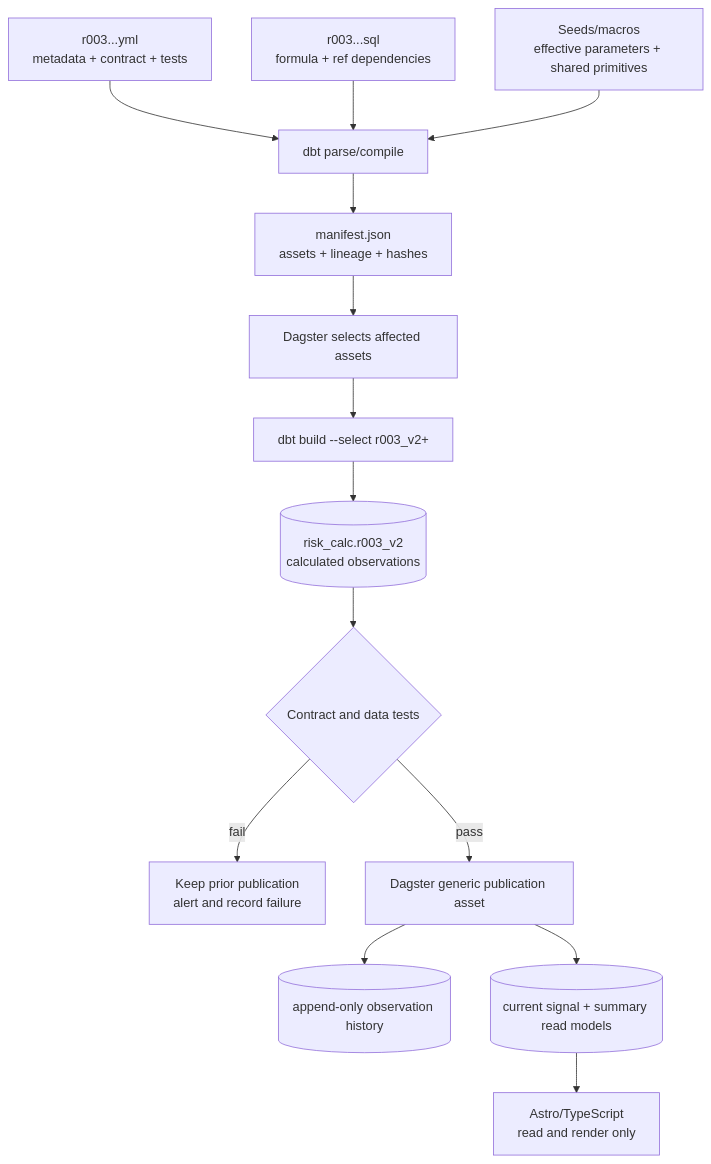
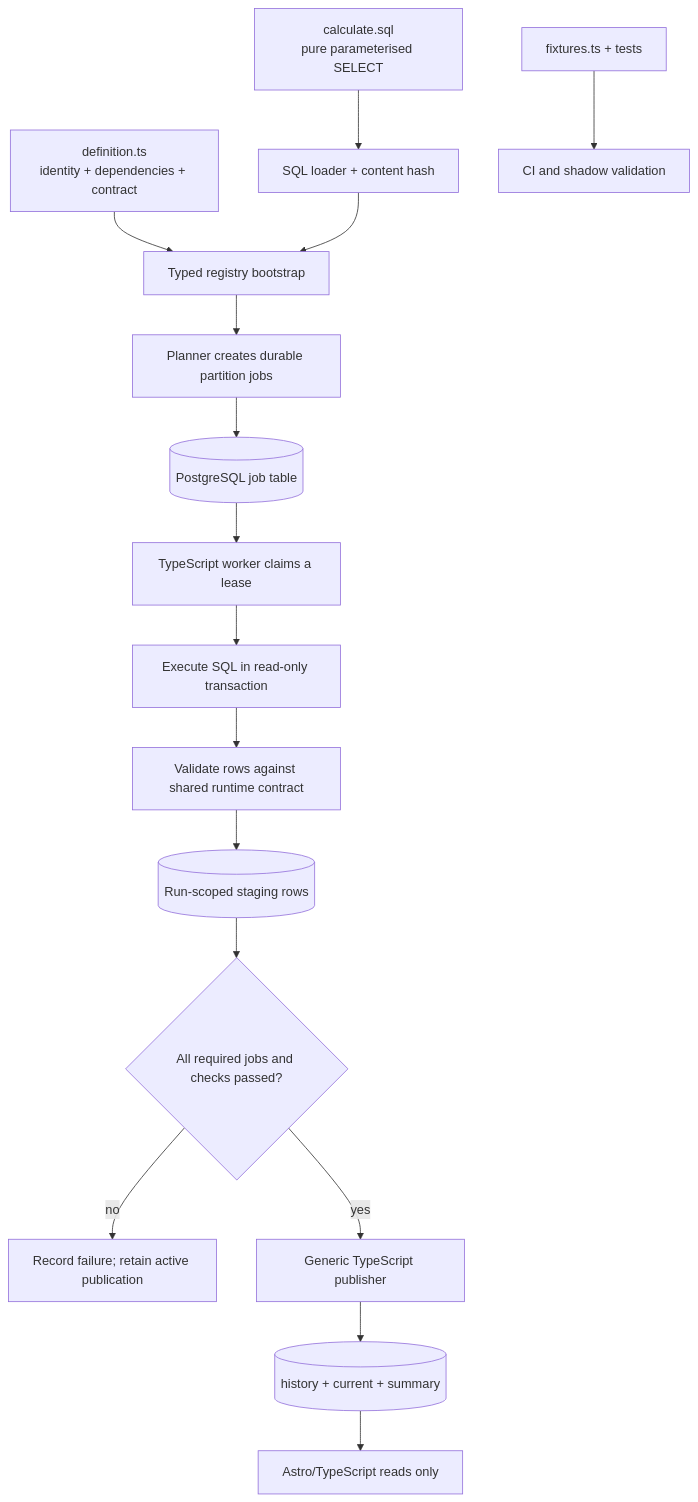
Before and after one commit to Viespirkiu-grupe/viespirkiai: the second of 5 diagrams in docs/risk-indicators-public-page-and-maintenance.md, drawn with Mermaid. The commit also changed other lines of this file and 1 other file, not shown here.

````diff
--- a/docs/risk-indicators-public-page-and-maintenance.md
+++ b/docs/risk-indicators-public-page-and-maintenance.md
@@ -453,16 +416,18 @@
 ```mermaid
 flowchart TD
-    Y[r003...yml<br/>metadata + contract + tests] --> D[dbt parse/compile]
-    Q[r003...sql<br/>formula + ref dependencies] --> D
-    K[Seeds/macros<br/>effective parameters + shared primitives] --> D
-    D --> F[manifest.json<br/>assets + lineage + hashes]
-    F --> O[Dagster selects affected assets]
-    O --> B[dbt build --select r003_v2+]
-    B --> C[(risk_calc.r003_v2<br/>calculated observations)]
-    C --> T{Contract and data tests}
-    T -->|fail| N[Keep prior publication<br/>alert and record failure]
-    T -->|pass| P[Dagster generic publication asset]
-    P --> H[(append-only observation history)]
-    P --> R[(current signal + summary read models)]
-    R --> A[Astro/TypeScript<br/>read and render only]
+    D[definition.ts<br/>identity + dependencies + contract] --> R[Typed registry bootstrap]
+    Q[calculate.sql<br/>pure parameterised SELECT] --> L[SQL loader + content hash]
+    L --> R
+    F[fixtures.ts + tests] --> C[CI and shadow validation]
+    R --> P[Planner creates durable partition jobs]
+    P --> J[(PostgreSQL job table)]
+    J --> W[TypeScript worker claims a lease]
+    W --> X[Execute SQL in read-only transaction]
+    X --> V[Validate rows against shared runtime contract]
+    V --> S[(Run-scoped staging rows)]
+    S --> G{All required jobs and checks passed?}
+    G -->|no| N[Record failure; retain active publication]
+    G -->|yes| A[Generic TypeScript publisher]
+    A --> H[(history + current + summary)]
+    H --> U[Astro/TypeScript reads only]
 ```
````
